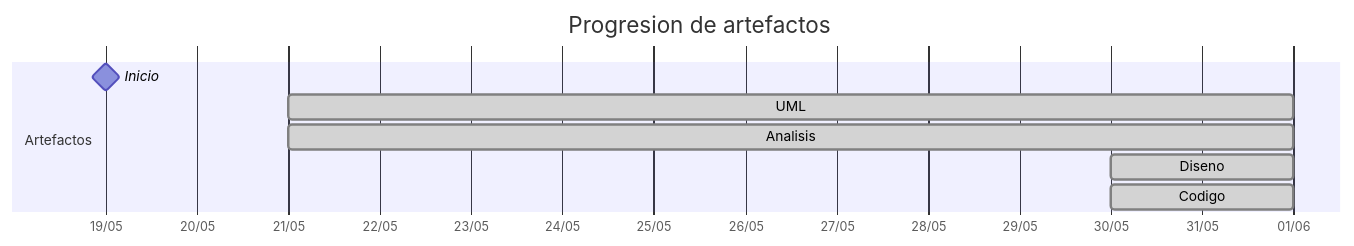
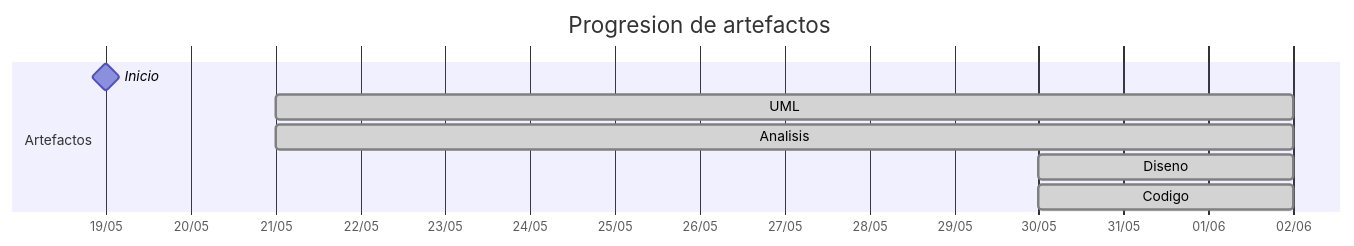
Before and after one commit to carlos-alvarado-25/25-26-idsw2-sdVC: the diagram in TIMELINES/Pareyor.md, drawn with Mermaid. The commit also changed other lines of this file and 11 other files, not shown here.

````diff
--- a/TIMELINES/Pareyor.md
+++ b/TIMELINES/Pareyor.md
@@ -22,12 +22,12 @@
 ```mermaid
 gantt
     title Progresion de artefactos
     dateFormat YYYY-MM-DD
     axisFormat %d/%m
     section Artefactos
         Inicio       :milestone, 2026-05-19, 0d
-        UML          :done, 2026-05-21, 2026-06-01
-        Analisis     :done, 2026-05-21, 2026-06-01
-        Diseno       :done, 2026-05-30, 2026-06-01
-        Codigo       :done, 2026-05-30, 2026-06-01
+        UML          :done, 2026-05-21, 2026-06-02
+        Analisis     :done, 2026-05-21, 2026-06-02
+        Diseno       :done, 2026-05-30, 2026-06-02
+        Codigo       :done, 2026-05-30, 2026-06-02
 ```
````
